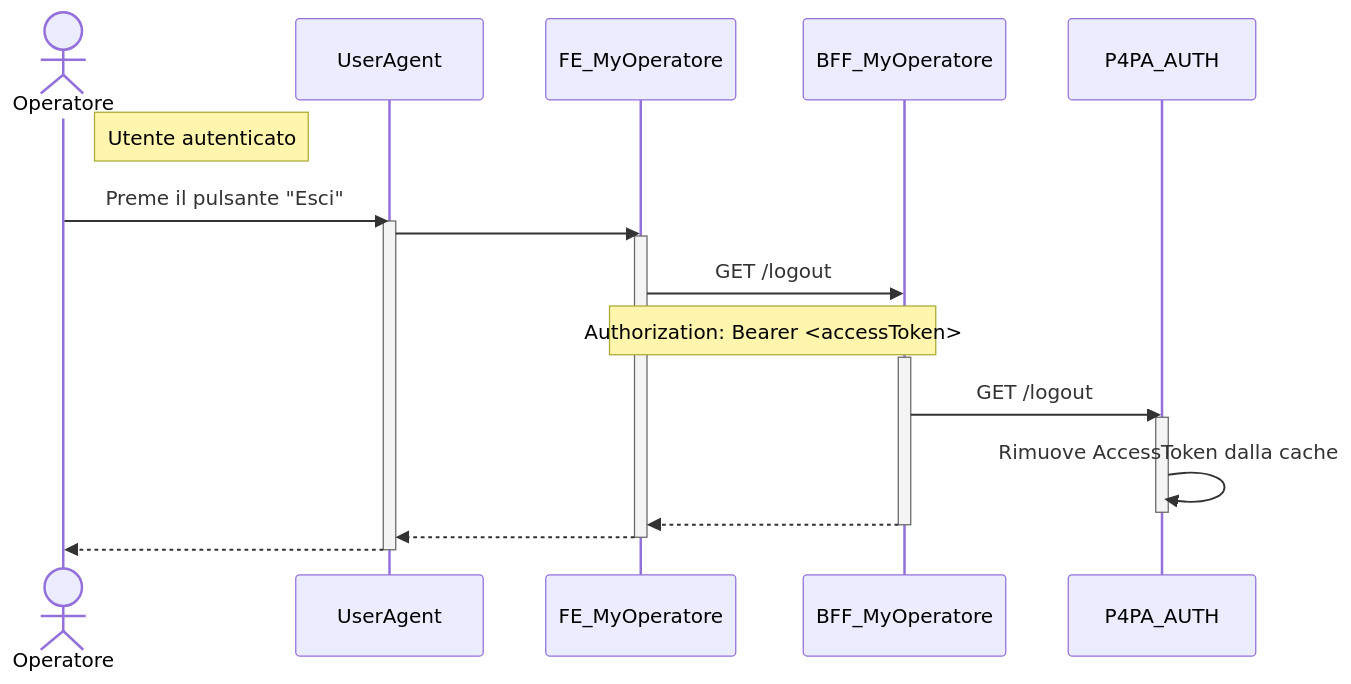
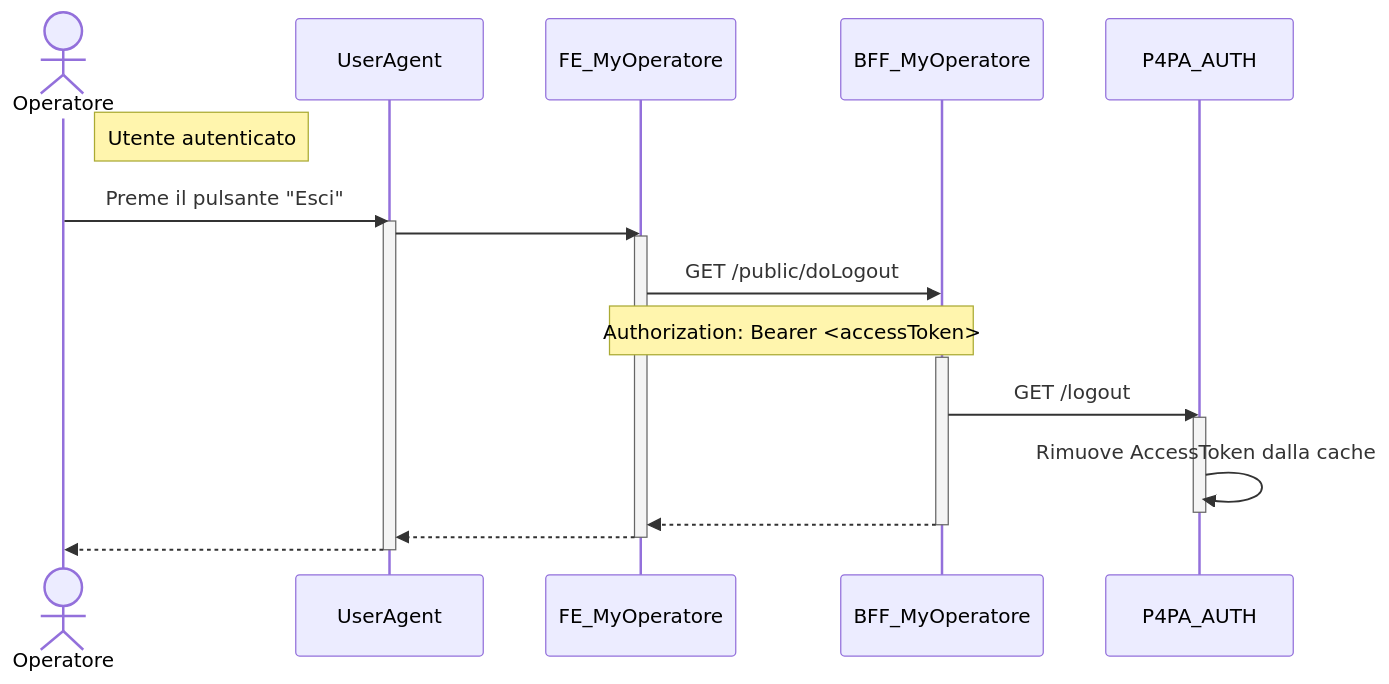
Before and after one commit to pagopa/p4pa-doc: the diagram in design/auth/sequence_logout.mmd, drawn with Mermaid.

Commit message:
fix doLogout url

```diff
--- a/design/auth/sequence_logout.mmd
+++ b/design/auth/sequence_logout.mmd
@@ -1,30 +1,30 @@
 sequenceDiagram
     actor Operatore
     participant UserAgent
     participant FE as FE_MyOperatore
     participant BFF as BFF_MyOperatore
     participant AUTH as P4PA_AUTH
 
     note right of Operatore: Utente autenticato
 
     Operatore ->> UserAgent: Preme il pulsante "Esci"
 
     activate UserAgent
         UserAgent ->> FE: #
         activate FE
-            FE ->> BFF: GET /logout
+            FE ->> BFF: GET /public/doLogout
             note over FE, BFF: Authorization: Bearer <accessToken>
 
             activate BFF
                 BFF ->> AUTH: GET /logout
                 activate AUTH
                     AUTH ->> AUTH: Rimuove AccessToken dalla cache
                 deactivate AUTH
 
                 BFF -->> FE: #
             deactivate BFF
 
             FE -->> UserAgent: #
         deactivate FE
         UserAgent -->> Operatore: #
     deactivate UserAgent
```
